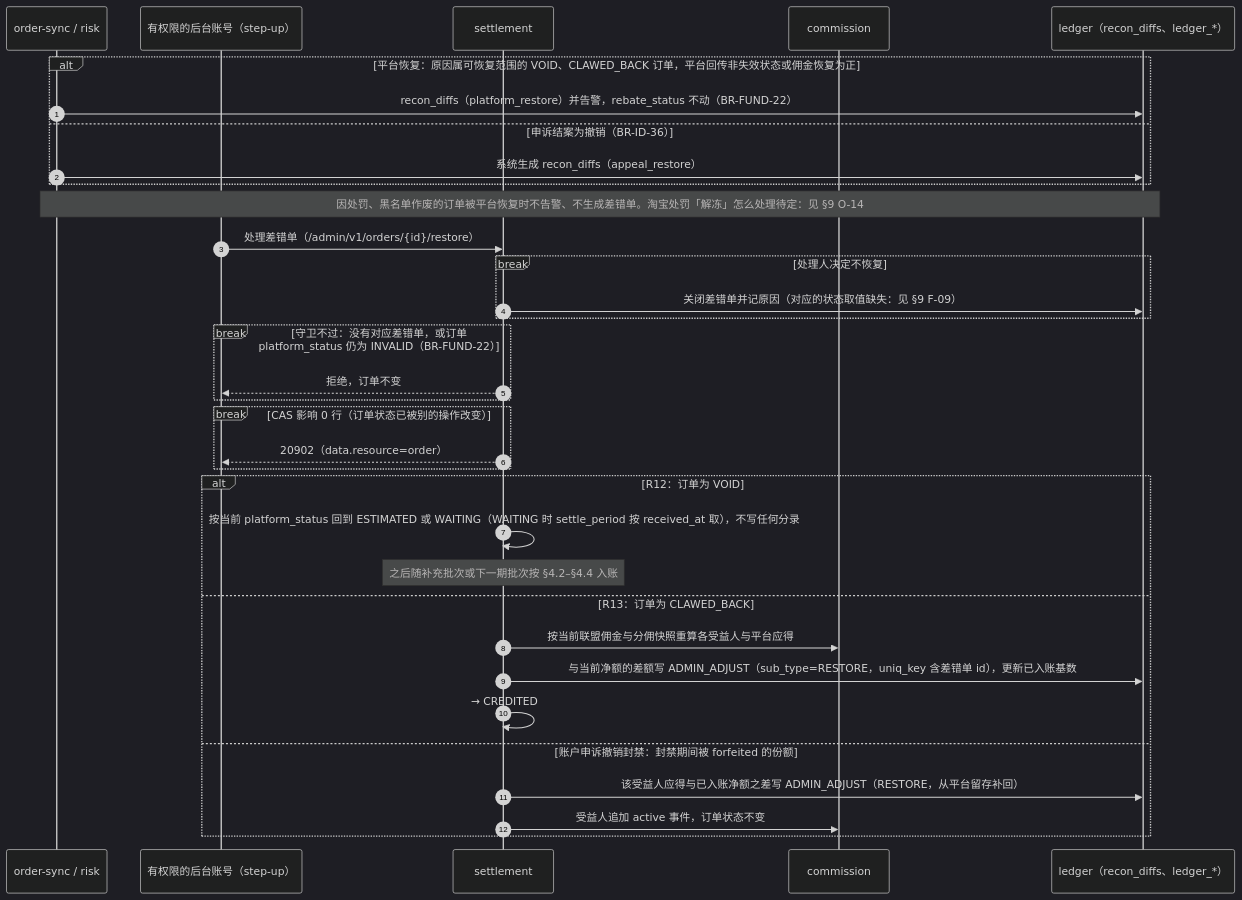
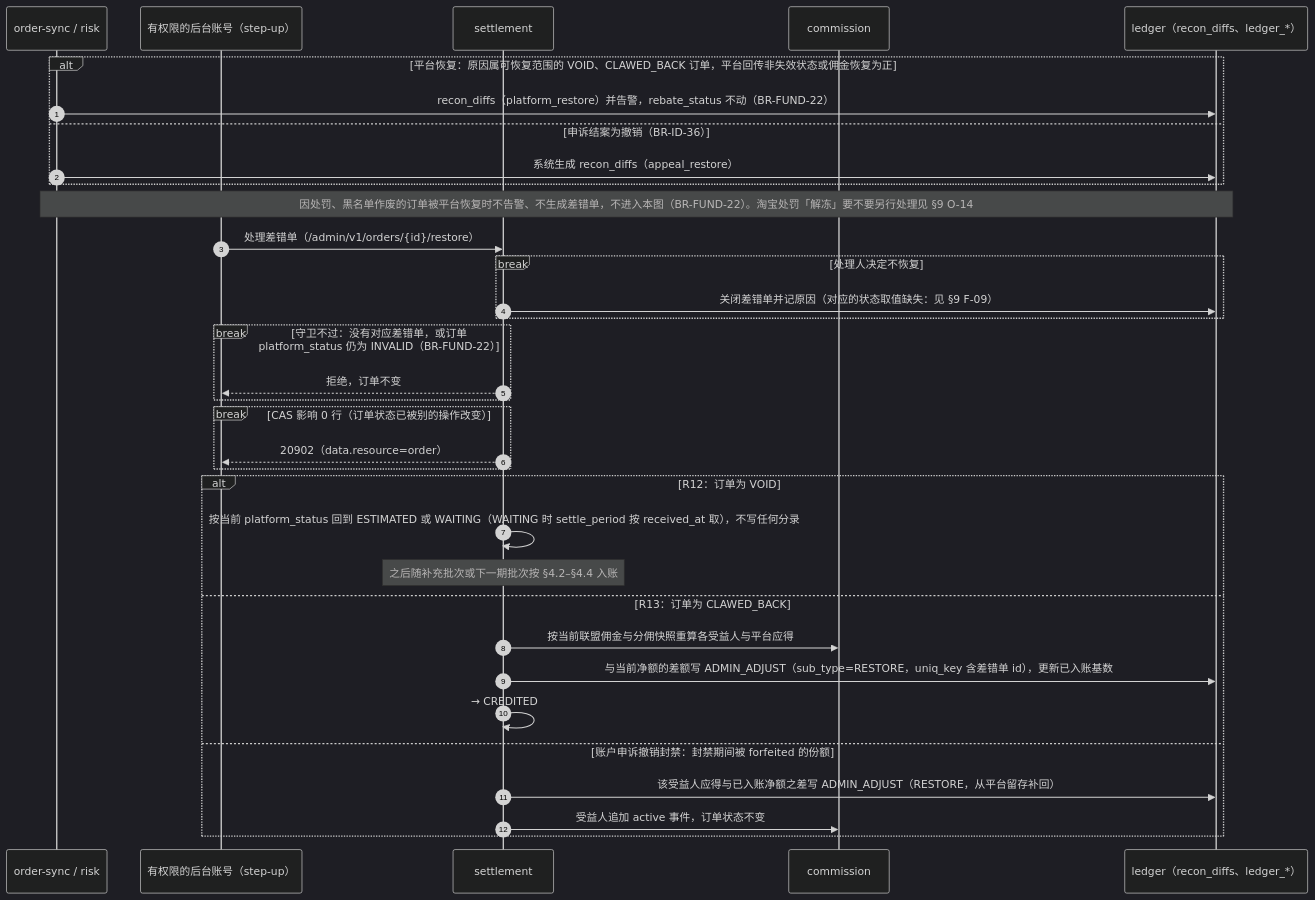
One commit to zora4523-bot/couli changed diagram 22 of 41 in 规划/12_关键流程与状态图.md. Above: the diagram before and after it, drawn with Mermaid (dark theme).

Commit message:
docs(12): section 4.8, punished or blacklisted orders are stated to stay outside the restore flow
BR-FUND-22 already says these orders raise no alert and no ticket when
the platform restores them, so they never enter this diagram. Whether a
Taobao penalty "unfreeze" needs separate handling is section 9 O-14.

````diff
--- a/规划/12_关键流程与状态图.md
+++ b/规划/12_关键流程与状态图.md
@@ -1570,37 +1570,37 @@
 ```mermaid
 sequenceDiagram
   autonumber
   participant W as order-sync / risk
   participant F as 有权限的后台账号（step-up）
   participant T as settlement
   participant M as commission
   participant L as ledger（recon_diffs、ledger_*）
 
   alt 平台恢复：原因属可恢复范围的 VOID、CLAWED_BACK 订单，平台回传非失效状态或佣金恢复为正
     W->>L: recon_diffs（platform_restore）并告警，rebate_status 不动（BR-FUND-22）
   else 申诉结案为撤销（BR-ID-36）
     W->>L: 系统生成 recon_diffs（appeal_restore）
   end
-  Note over W,L: 因处罚、黑名单作废的订单被平台恢复时不告警、不生成差错单。淘宝处罚「解冻」怎么处理待定：见 §9 O-14
+  Note over W,L: 因处罚、黑名单作废的订单被平台恢复时不告警、不生成差错单，不进入本图（BR-FUND-22）。淘宝处罚「解冻」要不要另行处理见 §9 O-14
   F->>T: 处理差错单（/admin/v1/orders/{id}/restore）
   break 处理人决定不恢复
     T->>L: 关闭差错单并记原因（对应的状态取值缺失：见 §9 F-09）
   end
   break 守卫不过：没有对应差错单，或订单 platform_status 仍为 INVALID（BR-FUND-22）
     T-->>F: 拒绝，订单不变
   end
   break CAS 影响 0 行（订单状态已被别的操作改变）
     T-->>F: 20902（data.resource=order）
   end
   alt R12：订单为 VOID
     T->>T: 按当前 platform_status 回到 ESTIMATED 或 WAITING（WAITING 时 settle_period 按 received_at 取），不写任何分录
     Note over T: 之后随补充批次或下一期批次按 §4.2–§4.4 入账
   else R13：订单为 CLAWED_BACK
     T->>M: 按当前联盟佣金与分佣快照重算各受益人与平台应得
     T->>L: 与当前净额的差额写 ADMIN_ADJUST（sub_type=RESTORE，uniq_key 含差错单 id），更新已入账基数
     T->>T: → CREDITED
   else 账户申诉撤销封禁：封禁期间被 forfeited 的份额
     T->>L: 该受益人应得与已入账净额之差写 ADMIN_ADJUST（RESTORE，从平台留存补回）
     T->>M: 受益人追加 active 事件，订单状态不变
   end
 ```
````
